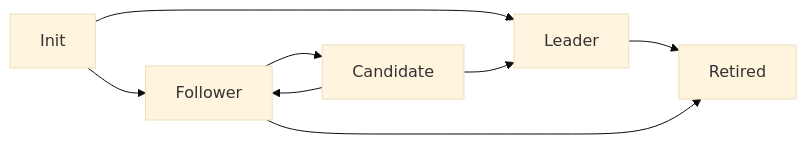
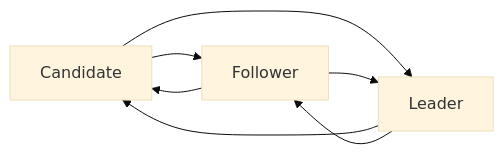
The second of 2 diagrams in doc/overview/consensus/index.rst (microsoft/CCF), drawn with Mermaid (base theme) before and after one commit. The commit also changed other lines of this file and 2 other files, not shown here.

```diff
--- a/doc/overview/consensus/index.rst
+++ b/doc/overview/consensus/index.rst
@@ -37,10 +57,9 @@
 .. mermaid::
 
-    graph LR;
-        Init-->Leader;
-        Init-->Follower;
-        Follower-->Candidate;
+    graph LR;        
         Candidate-->Follower;
         Candidate-->Leader;
-        Leader-->Retired;
-        Follower-->Retired;
+        Leader-->Candidate;
+        Follower-->Candidate;
+        Leader-->Follower;
+        Follower-->Leader;
```
